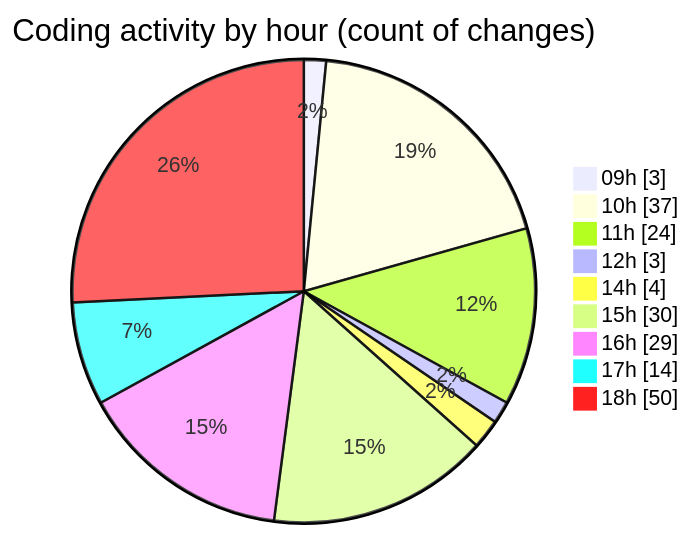
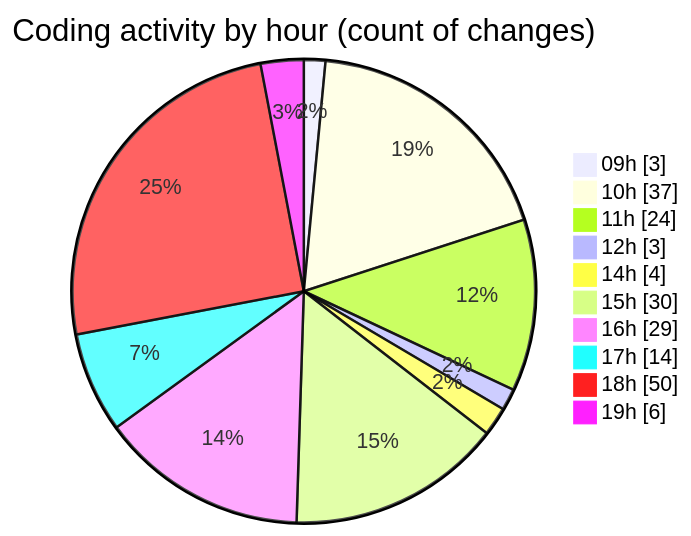
The second of 2 diagrams in 2025-05-02/ecodeli/README.md (CELIANVF/code-tracking), drawn with Mermaid before and after one commit. The commit also changed other lines of this file and 1 other file, not shown here.

````diff
--- a/2025-05-02/ecodeli/README.md
+++ b/2025-05-02/ecodeli/README.md
@@ -99,13 +101,14 @@
 ```mermaid
 pie showData
 title Coding activity by hour (count of changes)
 "09h" : 3
 "10h" : 37
 "11h" : 24
 "12h" : 3
 "14h" : 4
 "15h" : 30
 "16h" : 29
 "17h" : 14
 "18h" : 50
+"19h" : 6
 ```
````
